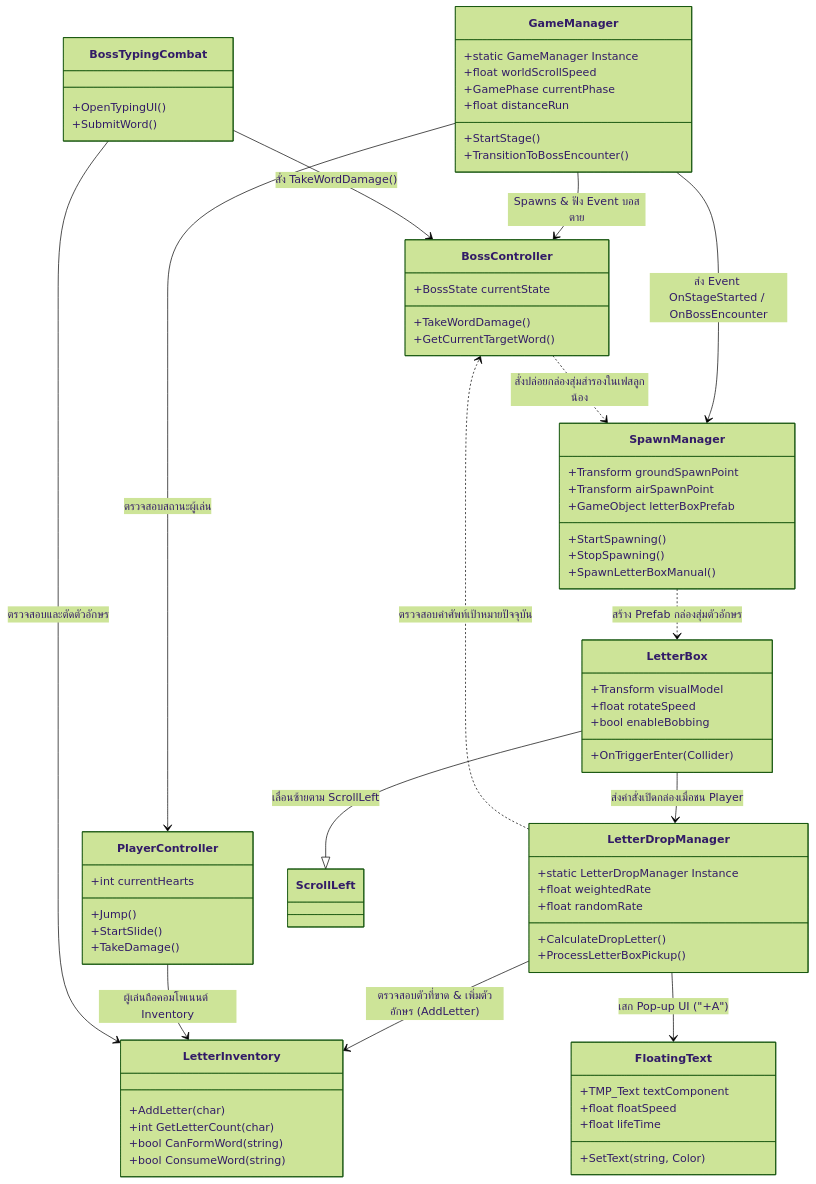
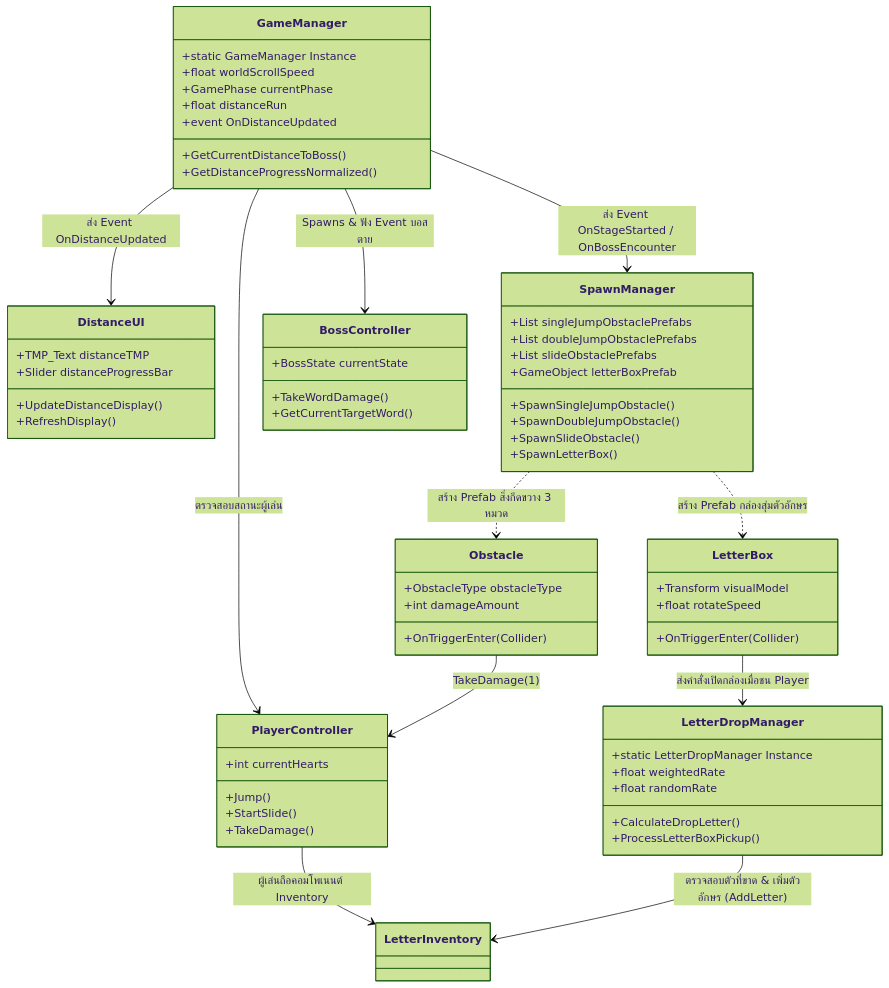
One commit to best062/FinalMI226 changed the second of 2 diagrams in Assets/code/file_MD/README.md. Above: the diagram before and after it, drawn with Mermaid (forest theme). The commit also changed other lines of this file and 30 other files, not shown here.

````diff
--- a/Assets/code/file_MD/README.md
+++ b/Assets/code/file_MD/README.md
@@ -80,73 +84,67 @@
 ```mermaid
 classDiagram
     class GameManager {
         +static GameManager Instance
         +float worldScrollSpeed
         +GamePhase currentPhase
         +float distanceRun
-        +StartStage()
-        +TransitionToBossEncounter()
+        +event OnDistanceUpdated
+        +GetCurrentDistanceToBoss()
+        +GetDistanceProgressNormalized()
+    }
+    class DistanceUI {
+        +TMP_Text distanceTMP
+        +Slider distanceProgressBar
+        +UpdateDistanceDisplay()
+        +RefreshDisplay()
     }
     class SpawnManager {
-        +Transform groundSpawnPoint
-        +Transform airSpawnPoint
+        +List singleJumpObstaclePrefabs
+        +List doubleJumpObstaclePrefabs
+        +List slideObstaclePrefabs
         +GameObject letterBoxPrefab
-        +StartSpawning()
-        +StopSpawning()
-        +SpawnLetterBoxManual()
+        +SpawnSingleJumpObstacle()
+        +SpawnDoubleJumpObstacle()
+        +SpawnSlideObstacle()
+        +SpawnLetterBox()
+    }
+    class Obstacle {
+        +ObstacleType obstacleType
+        +int damageAmount
+        +OnTriggerEnter(Collider)
     }
     class LetterBox {
         +Transform visualModel
         +float rotateSpeed
-        +bool enableBobbing
         +OnTriggerEnter(Collider)
     }
     class LetterDropManager {
         +static LetterDropManager Instance
         +float weightedRate
         +float randomRate
         +CalculateDropLetter()
         +ProcessLetterBoxPickup()
-    }
-    class FloatingText {
-        +TMP_Text textComponent
-        +float floatSpeed
-        +float lifeTime
-        +SetText(string, Color)
-    }
-    class LetterInventory {
-        +AddLetter(char)
-        +int GetLetterCount(char)
-        +bool CanFormWord(string)
-        +bool ConsumeWord(string)
     }
     class PlayerController {
         +int currentHearts
         +Jump()
         +StartSlide()
         +TakeDamage()
     }
     class BossController {
         +BossState currentState
         +TakeWordDamage()
         +GetCurrentTargetWord()
     }
-    class BossTypingCombat {
-        +OpenTypingUI()
-        +SubmitWord()
-    }
 
+    GameManager --> DistanceUI : ส่ง Event OnDistanceUpdated
     GameManager --> PlayerController : ตรวจสอบสถานะผู้เล่น
     GameManager --> BossController : Spawns & ฟัง Event บอสตาย
     GameManager --> SpawnManager : ส่ง Event OnStageStarted / OnBossEncounter
+    SpawnManager ..> Obstacle : สร้าง Prefab สิ่งกีดขวาง 3 หมวด
     SpawnManager ..> LetterBox : สร้าง Prefab กล่องสุ่มตัวอักษร
-    LetterBox --|> ScrollLeft : เลื่อนซ้ายตาม ScrollLeft
     LetterBox --> LetterDropManager : ส่งคำสั่งเปิดกล่องเมื่อชน Player
     LetterDropManager --> LetterInventory : ตรวจสอบตัวที่ขาด & เพิ่มตัวอักษร (AddLetter)
-    LetterDropManager --> FloatingText : เสก Pop-up UI ("+A")
-    LetterDropManager ..> BossController : ตรวจสอบคำศัพท์เป้าหมายปัจจุบัน
-    BossController ..> SpawnManager : สั่งปล่อยกล่องสุ่มสำรองในเฟสลูกน้อง
     PlayerController --> LetterInventory : ผู้เล่นถือคอมโพเนนต์ Inventory
-    BossTypingCombat --> LetterInventory : ตรวจสอบและตัดตัวอักษร
-    BossTypingCombat --> BossController : สั่ง TakeWordDamage()
+    Obstacle --> PlayerController : TakeDamage(1)
 ```
````
